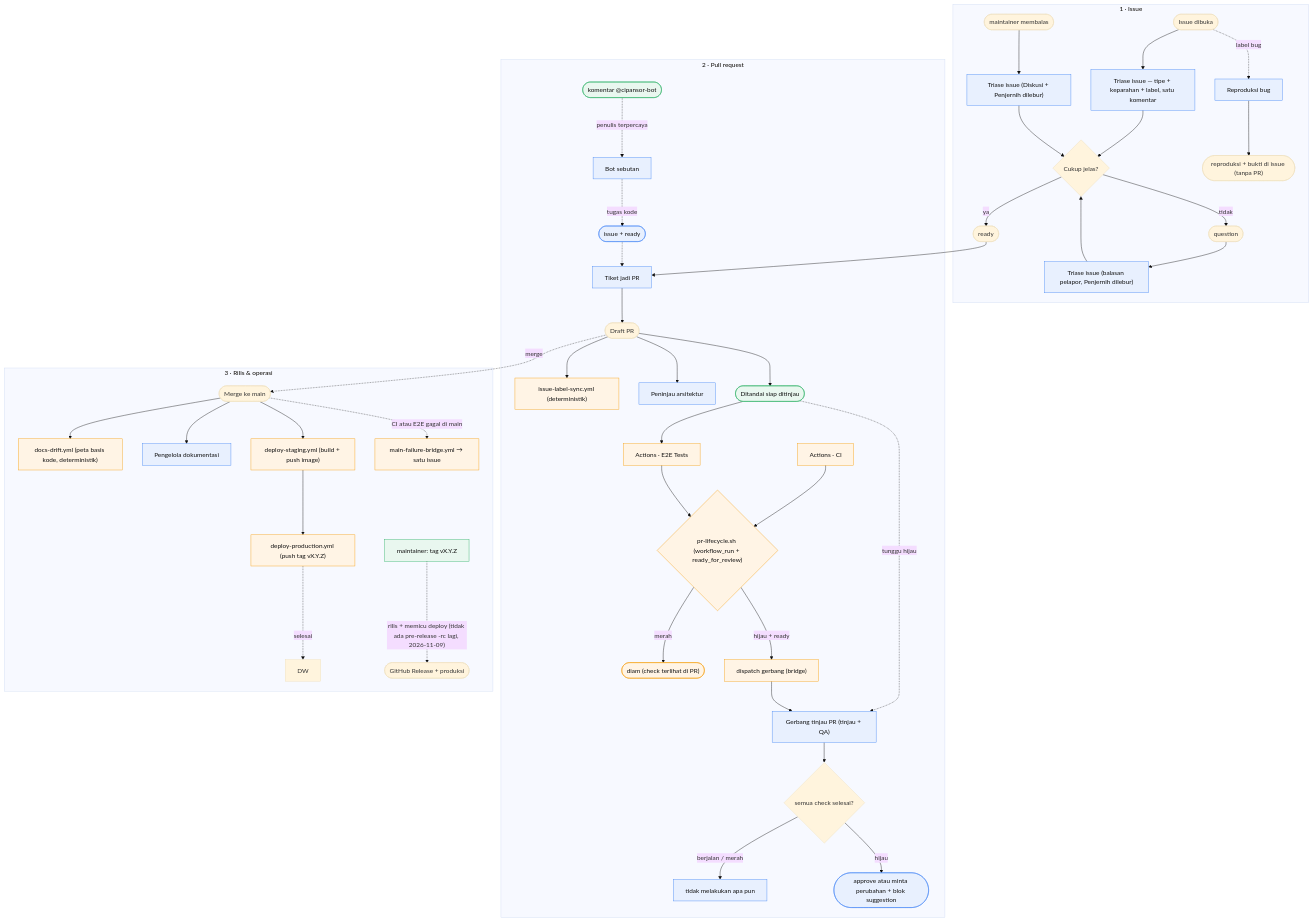
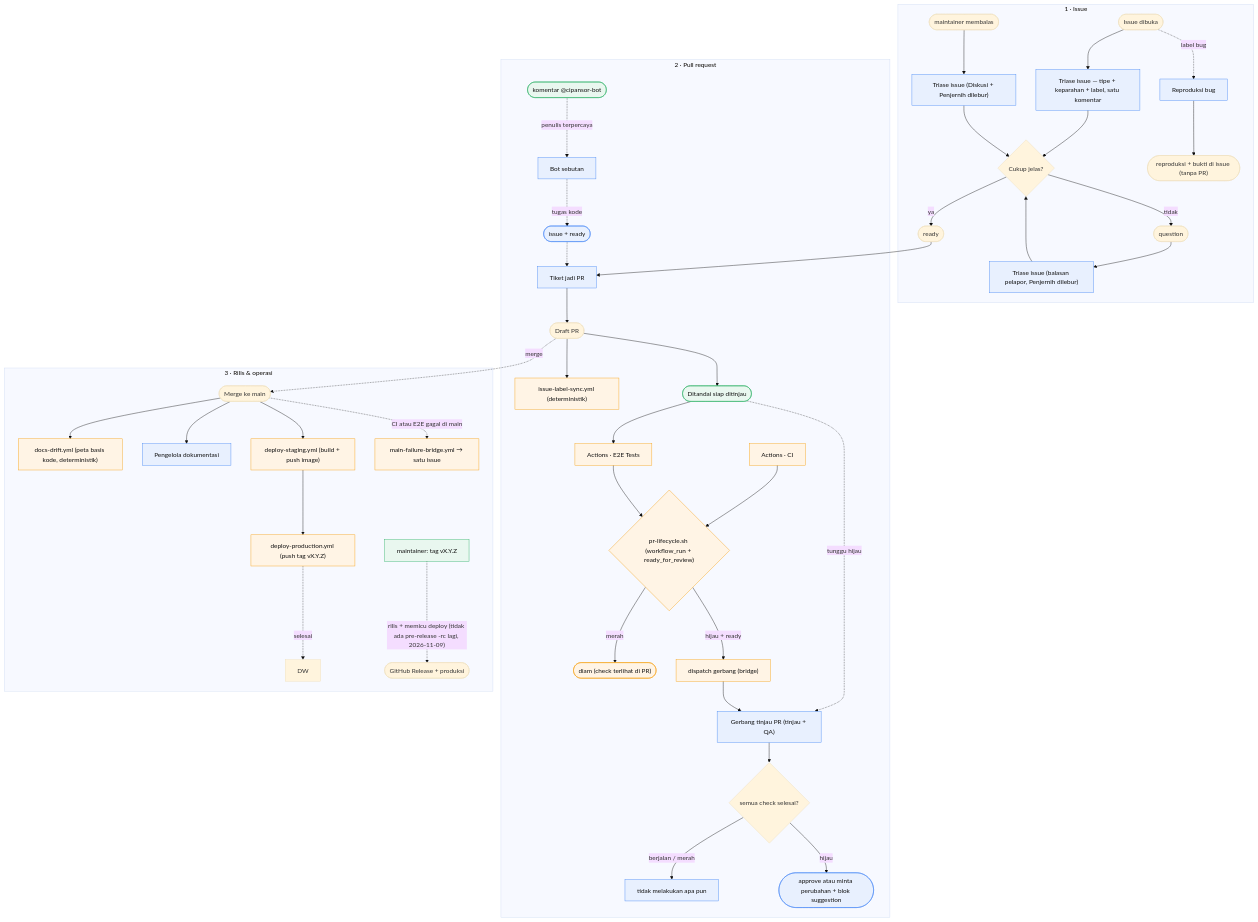
Before and after one commit to cipansor/cipansor: the second of 6 diagrams in docs/SDLC-FLOW.md, drawn with Mermaid (base theme). The commit also changed other lines of this file and 6 other files, not shown here.

````diff
--- a/docs/SDLC-FLOW.md
+++ b/docs/SDLC-FLOW.md
@@ -491,47 +491,46 @@
 ```mermaid
 flowchart TB
   classDef cloud fill:#e8f0fe,stroke:#4285f4,color:#111;
   classDef gh fill:#fff4e5,stroke:#f59e0b,color:#111;
   classDef human fill:#e9f7ef,stroke:#27ae60,color:#111;
 
   subgraph ISSUE["1 · Issue"]
     I([Issue dibuka]) --> C3["Triase issue — tipe + keparahan + label, satu komentar"]:::cloud
     C3 --> D{"Cukup jelas?"}
     D -- ya --> R(["ready"])
     D -- tidak --> NI(["question"])
     NI --> C16["Triase issue (balasan pelapor, Penjernih dilebur)"]:::cloud --> D
     PM(["maintainer membalas"]) --> C15["Triase issue (Diskusi + Penjernih dilebur)"]:::cloud --> D
     I -. "label bug" .-> C5["Reproduksi bug"]:::cloud
     C5 --> BUG(["reproduksi + bukti di issue (tanpa PR)"])
   end
 
   subgraph PRL["2 · Pull request"]
     R --> C6["Tiket jadi PR"]:::cloud --> DPR([Draft PR])
     MENT(["komentar @cipansor-bot"]):::human -. "penulis terpercaya" .-> C7["Bot sebutan"]:::cloud
     C7 -. "tugas kode" .-> BOT(["issue + ready"]):::cloud -.-> C6
     DPR --> C17["issue-label-sync.yml (deterministik)"]:::gh
-    DPR --> C4["Peninjau arsitektur"]:::cloud
     DPR --> RDY(["Ditandai siap ditinjau"]):::human
     RDY -. "tunggu hijau" .-> C18["Gerbang tinjau PR (tinjau + QA)"]:::cloud
     RDY --> GAE["Actions · E2E Tests"]:::gh
     GAC["Actions · CI"]:::gh --> LC{"pr-lifecycle.sh (workflow_run + ready_for_review)"}:::gh
     GAE --> LC
     LC -- "merah" --> RQ(["diam (check terlihat di PR)"]):::gh
     LC -- "hijau + ready" --> DISP["dispatch gerbang (bridge)"]:::gh --> C18
     C18 --> DEC{"semua check selesai?"}
     DEC -- "berjalan / merah" --> NO["tidak melakukan apa pun"]:::cloud
     DEC -- hijau --> AP(["approve atau minta perubahan + blok suggestion"]):::cloud
   end
 
   subgraph REL["3 · Rilis & operasi"]
     DPR -. merge .-> MG([Merge ke main])
     MG --> C3B["docs-drift.yml (peta basis kode, deterministik)"]:::gh
     MG --> C14["Pengelola dokumentasi"]:::cloud
     MG --> STG["deploy-staging.yml (build + push image)"]:::gh
     STG --> PROD["deploy-production.yml (push tag vX.Y.Z)"]:::gh
     PROD -. "selesai" .-> DW
     MG -. "CI atau E2E gagal di main" .-> BR["main-failure-bridge.yml → satu issue"]:::gh
     C13["maintainer: tag vX.Y.Z"]:::human
     C13 -. "rilis + memicu deploy (tidak ada pre-release -rc lagi, 2026-11-09)" .-> REL2(["GitHub Release + produksi"])
   end
 ```
````
